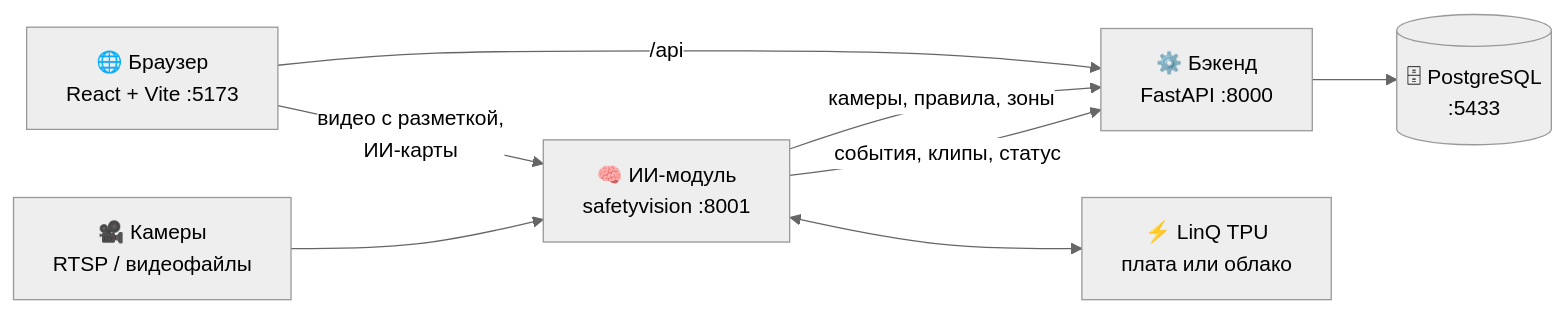
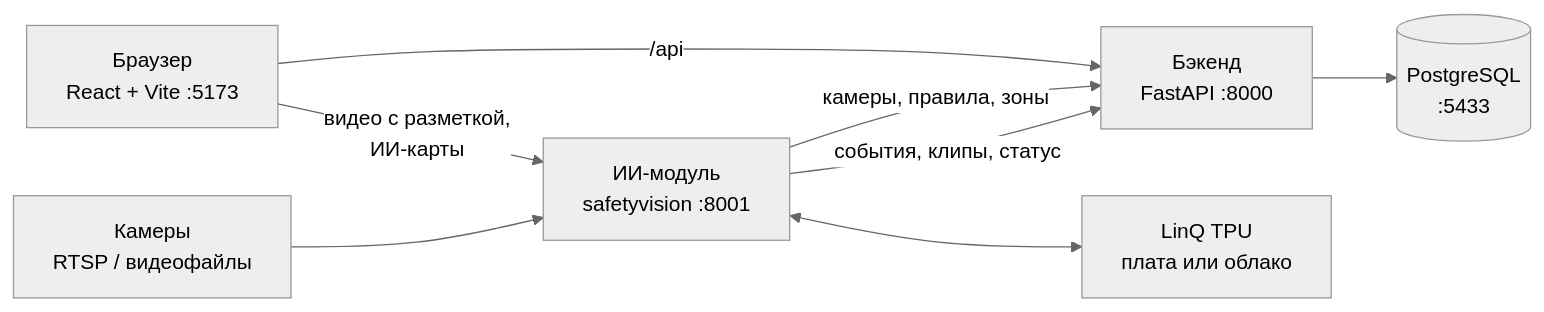
The diagram in README.md (FLOVVI/Linq), drawn with Mermaid (neutral theme) before and after one commit. The commit also changed other lines of this file, not shown here.

````diff
--- a/README.md
+++ b/README.md
@@ -217,17 +217,17 @@
 ```mermaid
 flowchart LR
-    B["🌐 Браузер<br/>React + Vite :5173"]
-    API["⚙️ Бэкенд<br/>FastAPI :8000"]
-    DB[("🗄 PostgreSQL<br/>:5433")]
-    AI["🧠 ИИ-модуль<br/>safetyvision :8001"]
-    CAM["🎥 Камеры<br/>RTSP / видеофайлы"]
-    TPU["⚡ LinQ TPU<br/>плата или облако"]
+    B["Браузер<br/>React + Vite :5173"]
+    API["Бэкенд<br/>FastAPI :8000"]
+    DB[("PostgreSQL<br/>:5433")]
+    AI["ИИ-модуль<br/>safetyvision :8001"]
+    CAM["Камеры<br/>RTSP / видеофайлы"]
+    TPU["LinQ TPU<br/>плата или облако"]
 
     B -- "/api" --> API
     API --> DB
     AI -- "камеры, правила, зоны" --> API
     AI -- "события, клипы, статус" --> API
     CAM --> AI
     AI <--> TPU
     B -- "видео с разметкой,<br/>ИИ-карты" --> AI
 ```
````
